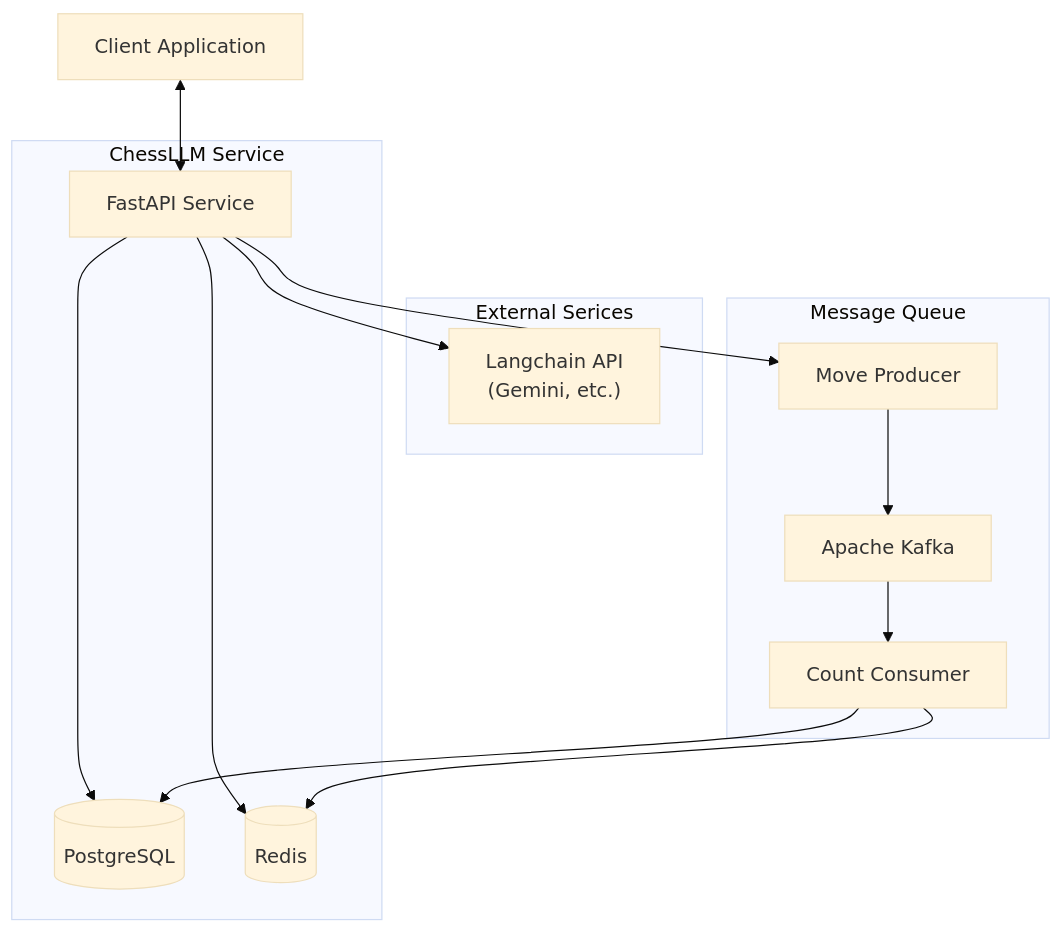
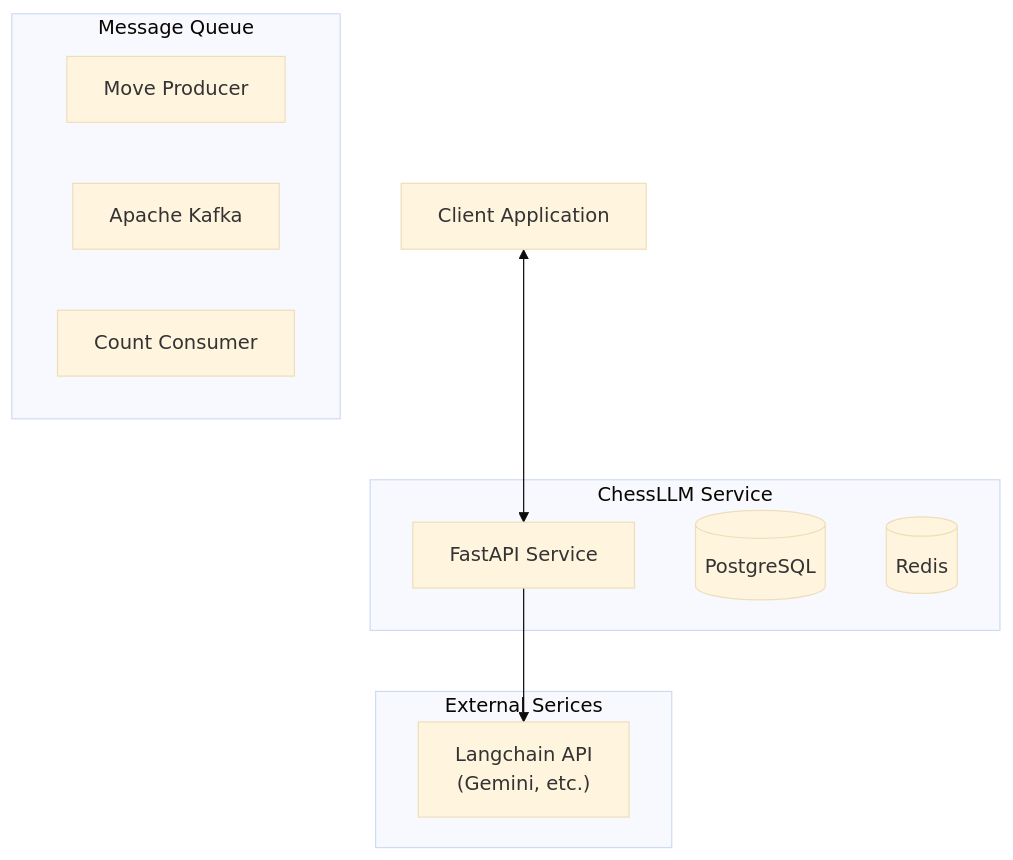
The first of 2 diagrams in docs/architecture.md (roddylan/ChessVLM-backend), drawn with Mermaid (base theme) before and after one commit. The commit also changed other lines of this file, not shown here.

Commit message:
removed unused elements from architecture diagrams

````diff
--- a/docs/architecture.md
+++ b/docs/architecture.md
@@ -3,31 +3,24 @@
 ```mermaid
 graph TB
     subgraph "ChessLLM Service"
         API["FastAPI Service"]
         db[("PostgreSQL")]
         cache[("Redis")]
     end
 
     subgraph "External Serices"
         LLM["Langchain API </br>(Gemini, etc.)"]
     end
 
     subgraph "Message Queue"
         Producer["Move Producer"]
         Kafka["Apache Kafka"]
         Consumer["Count Consumer"]
     end
 
     Client["Client Application"]
 
     Client <--> API
     API --> LLM
-    API --> Producer
-    API --> db
-    API --> cache
-    Producer --> Kafka
-    Kafka --> Consumer
-    Consumer --> db
-    Consumer --> cache
 
 ```
````
